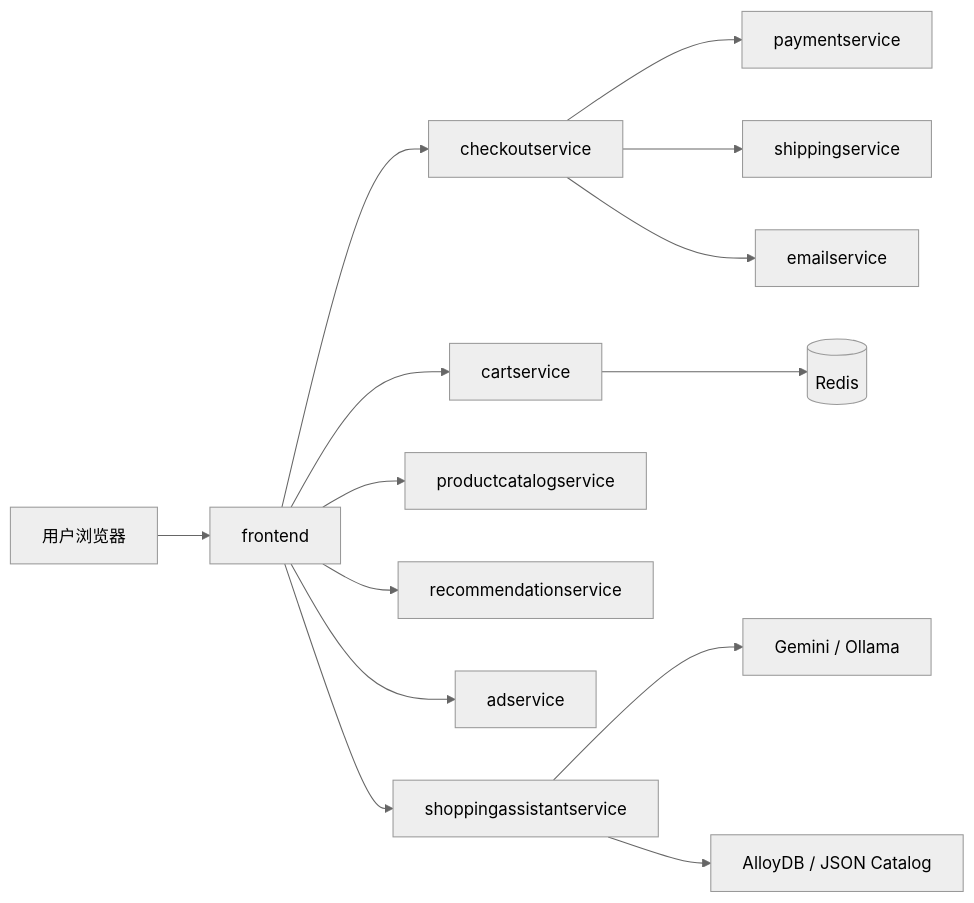
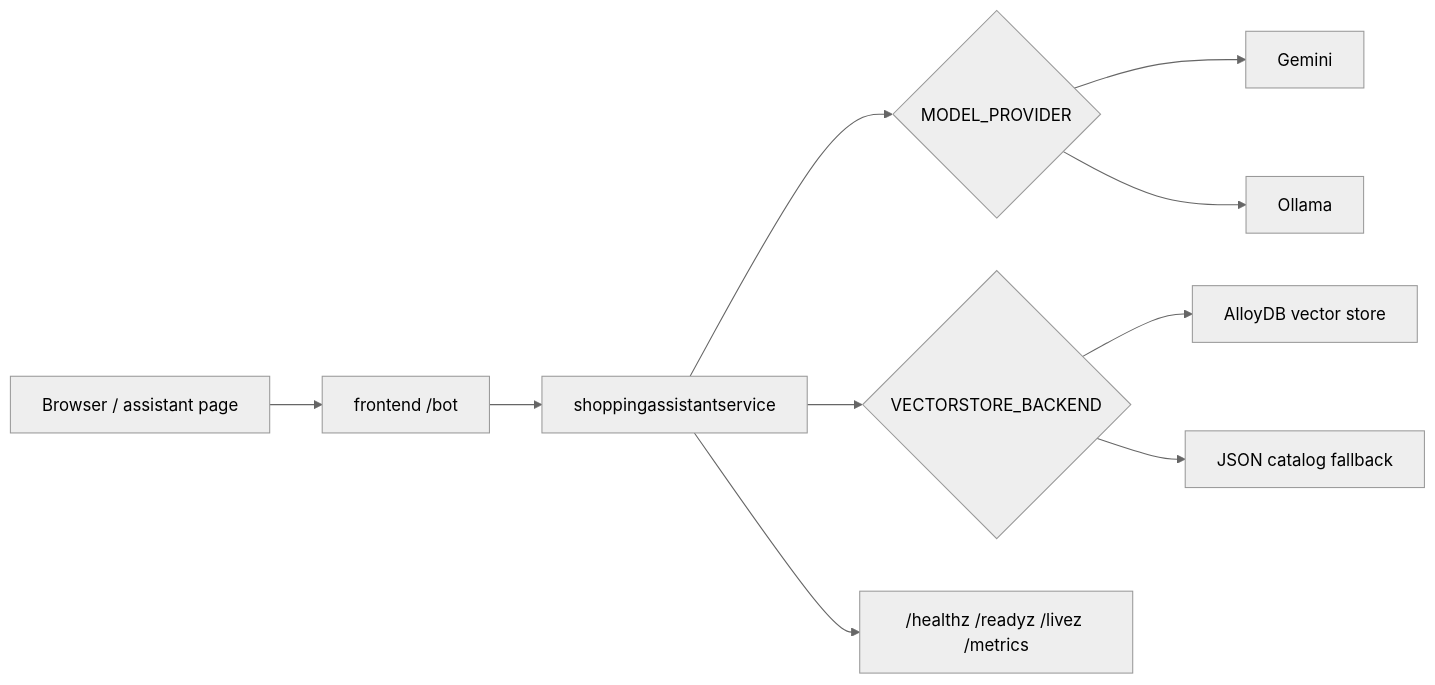
The diagram in README.md (however-yir/however-microservices-lab), drawn with Mermaid (neutral theme) before and after one commit. The commit also changed other lines of this file and 20 other files, not shown here.

````diff
--- a/README.md
+++ b/README.md
@@ -130,18 +109,12 @@
 ```mermaid
 flowchart LR
-  U[用户浏览器] --> F[frontend]
-  F --> C[checkoutservice]
-  F --> CART[cartservice]
-  F --> P[productcatalogservice]
-  F --> R[recommendationservice]
-  F --> A[adservice]
-  F --> SA[shoppingassistantservice]
-
-  C --> PAY[paymentservice]
-  C --> S[shippingservice]
-  C --> E[emailservice]
-
-  CART --> REDIS[(Redis)]
-  SA --> MODEL[Gemini / Ollama]
-  SA --> VDB[AlloyDB / JSON Catalog]
+  U["Browser / assistant page"] --> F["frontend /bot"]
+  F --> SA["shoppingassistantservice"]
+  SA --> M{"MODEL_PROVIDER"}
+  M --> G["Gemini"]
+  M --> O["Ollama"]
+  SA --> R{"VECTORSTORE_BACKEND"}
+  R --> A["AlloyDB vector store"]
+  R --> J["JSON catalog fallback"]
+  SA --> H["/healthz /readyz /livez /metrics"]
 ```
````
